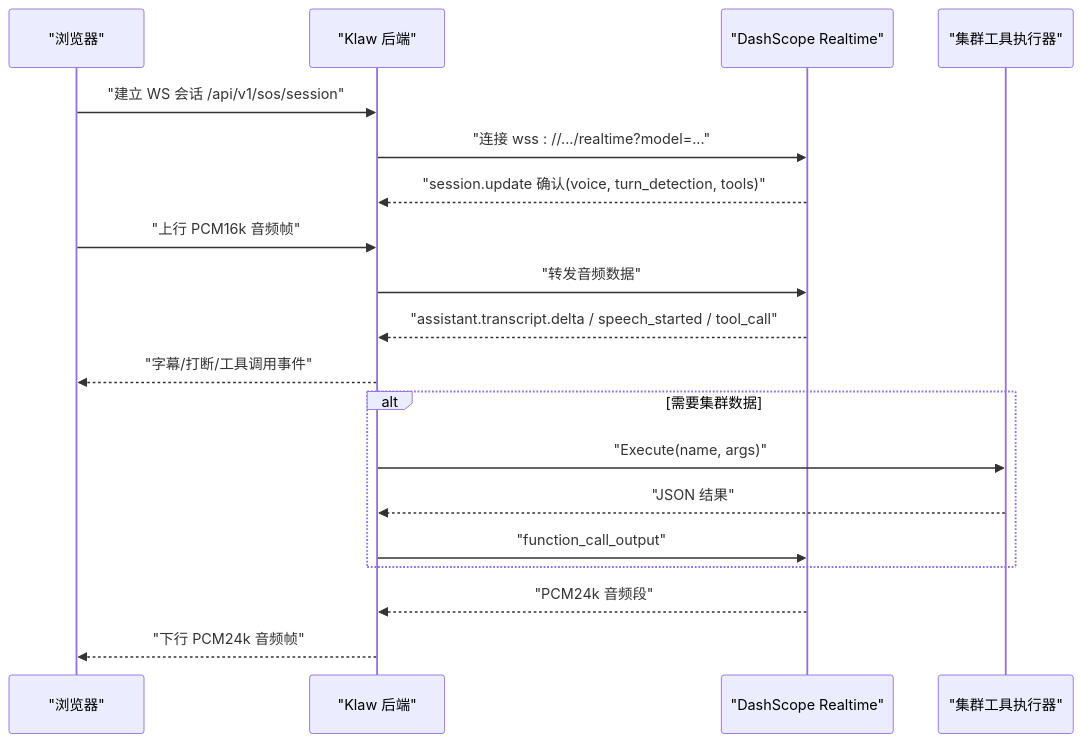
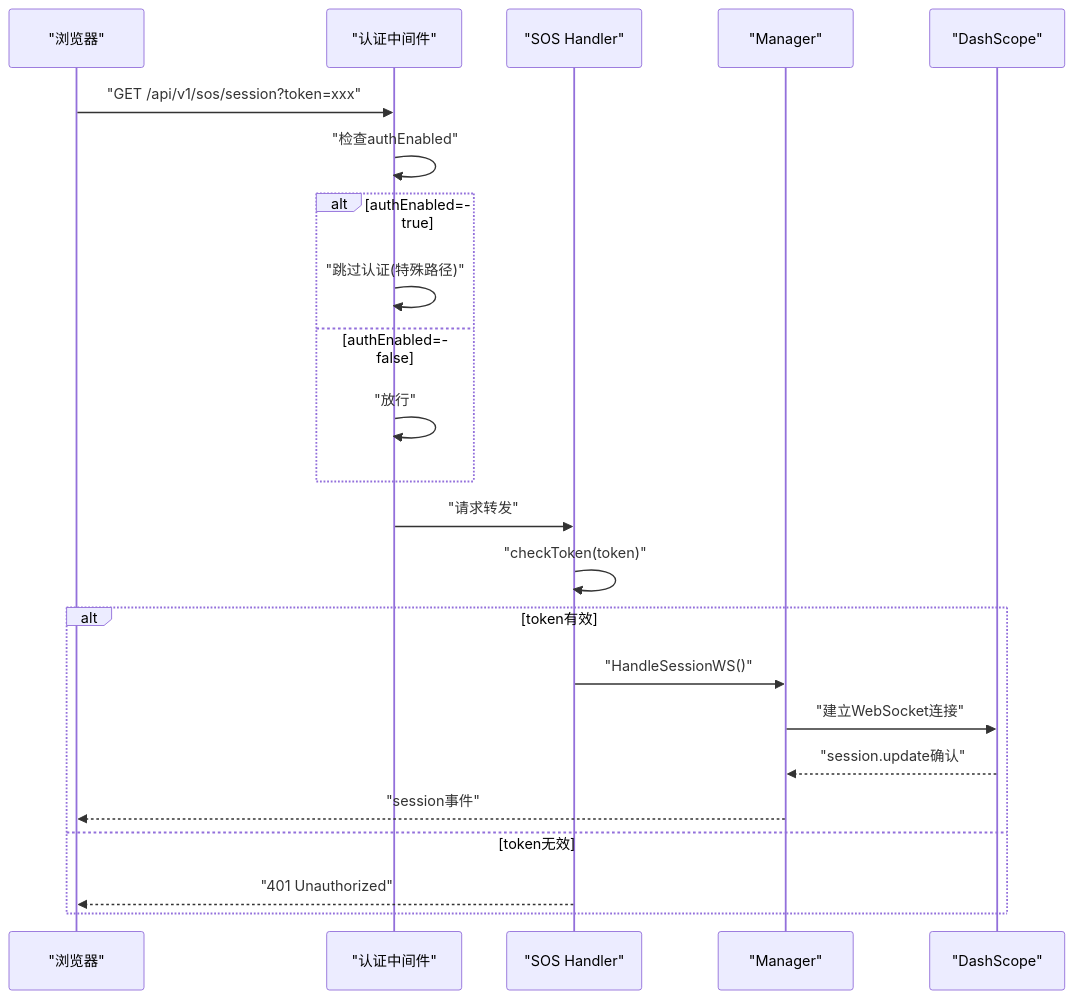
Before and after one commit to kudig-io/klaw: the second of 3 diagrams in .qoder/repowiki/zh/content/核心功能/SOS紧急语音对话模式.md, drawn with Mermaid. The commit also changed other lines of this file and 257 other files, not shown here.

````diff
--- a/.qoder/repowiki/zh/content/核心功能/SOS紧急语音对话模式.md
+++ b/.qoder/repowiki/zh/content/核心功能/SOS紧急语音对话模式.md
@@ -77,21 +109,25 @@
 ```mermaid
 sequenceDiagram
 participant U as "浏览器"
-participant S as "Klaw 后端"
-participant DS as "DashScope Realtime"
-participant T as "集群工具执行器"
-U->>S : "建立 WS 会话 /api/v1/sos/session"
-S->>DS : "连接 wss : //.../realtime?model=..."
-DS-->>S : "session.update 确认(voice, turn_detection, tools)"
-U->>S : "上行 PCM16k 音频帧"
-S->>DS : "转发音频数据"
-DS-->>S : "assistant.transcript.delta / speech_started / tool_call"
-S-->>U : "字幕/打断/工具调用事件"
-alt 需要集群数据
-S->>T : "Execute(name, args)"
-T-->>S : "JSON 结果"
-S->>DS : "function_call_output"
+participant A as "认证中间件"
+participant S as "SOS Handler"
+participant M as "Manager"
+participant DS as "DashScope"
+U->>A : "GET /api/v1/sos/session?token=xxx"
+A->>A : "检查authEnabled"
+alt authEnabled=true
+A->>A : "跳过认证(特殊路径)"
+else authEnabled=false
+A->>A : "放行"
 end
-DS-->>S : "PCM24k 音频段"
-S-->>U : "下行 PCM24k 音频帧"
+A->>S : "请求转发"
+S->>S : "checkToken(token)"
+alt token有效
+S->>M : "HandleSessionWS()"
+M->>DS : "建立WebSocket连接"
+DS-->>M : "session.update确认"
+M-->>U : "session事件"
+else token无效
+S-->>U : "401 Unauthorized"
+end
 ```
````
